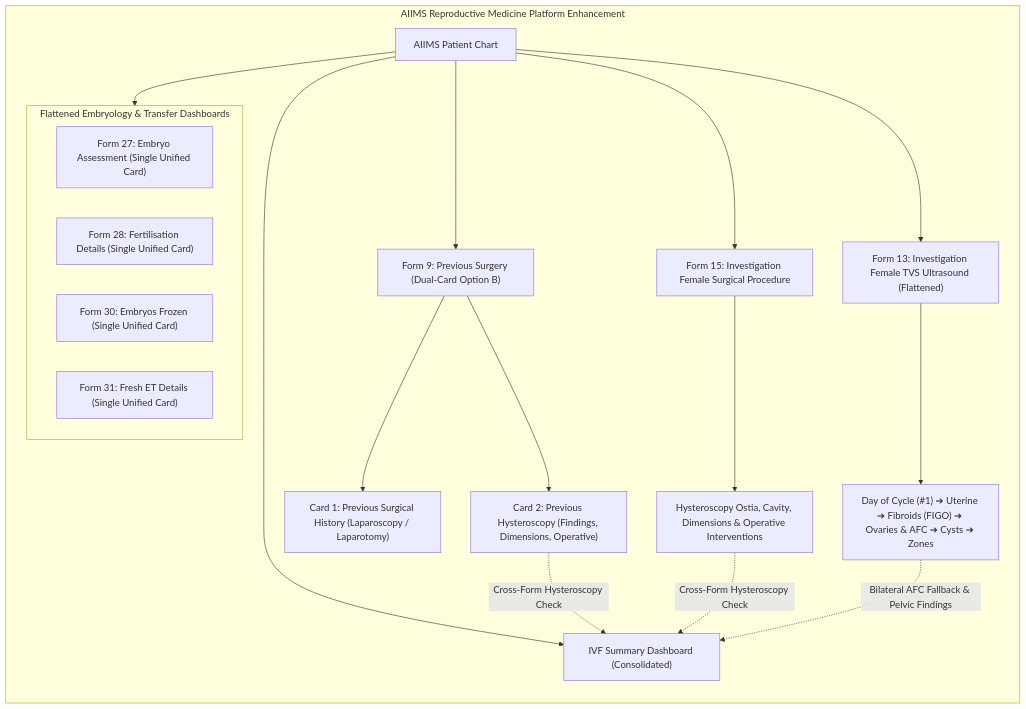
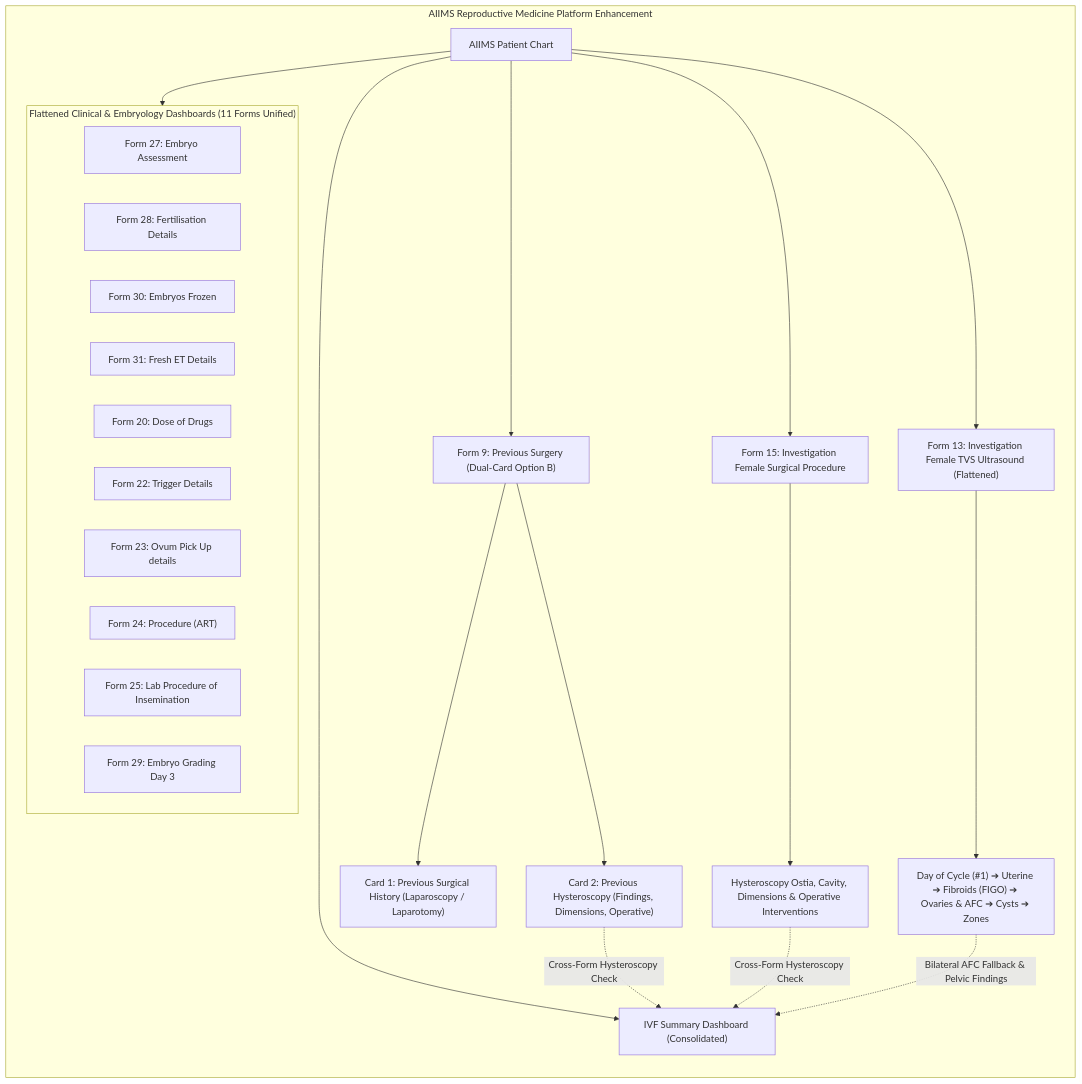
The diagram in docs/records/2026-10-16/presentation_notes.md (MET4L-DS/open-mrs), drawn with Mermaid before and after one commit. The commit also changed other lines of this file and 21 other files, not shown here.

````diff
--- a/docs/records/2026-10-16/presentation_notes.md
+++ b/docs/records/2026-10-16/presentation_notes.md
@@ -24,32 +27,38 @@
 ```mermaid
 graph TD
     subgraph Clinical_Architecture["AIIMS Reproductive Medicine Platform Enhancement"]
         direction TB
         Patient["AIIMS Patient Chart"]
         
         Patient --> Form13["Form 13: Investigation Female TVS Ultrasound (Flattened)"]
         Patient --> Form9["Form 9: Previous Surgery (Dual-Card Option B)"]
         Patient --> Form15["Form 15: Investigation Female Surgical Procedure"]
         Patient --> IVFSummary["IVF Summary Dashboard (Consolidated)"]
         
         Form13 --> F13_Flat["Day of Cycle (#1) ➔ Uterine ➔ Fibroids (FIGO) ➔ Ovaries & AFC ➔ Cysts ➔ Zones"]
         
         Form9 --> F9_Card1["Card 1: Previous Surgical History (Laparoscopy / Laparotomy)"]
         Form9 --> F9_Card2["Card 2: Previous Hysteroscopy (Findings, Dimensions, Operative)"]
         
         Form15 --> F15_Scope["Hysteroscopy Ostia, Cavity, Dimensions & Operative Interventions"]
         
-        subgraph Embryo_Pipeline["Flattened Embryology & Transfer Dashboards"]
-            F27["Form 27: Embryo Assessment (Single Unified Card)"]
-            F28["Form 28: Fertilisation Details (Single Unified Card)"]
-            F30["Form 30: Embryos Frozen (Single Unified Card)"]
-            F31["Form 31: Fresh ET Details (Single Unified Card)"]
+        subgraph Flattened_Dashboards["Flattened Clinical & Embryology Dashboards (11 Forms Unified)"]
+            F27["Form 27: Embryo Assessment"]
+            F28["Form 28: Fertilisation Details"]
+            F30["Form 30: Embryos Frozen"]
+            F31["Form 31: Fresh ET Details"]
+            F20["Form 20: Dose of Drugs"]
+            F22["Form 22: Trigger Details"]
+            F23["Form 23: Ovum Pick Up details"]
+            F24["Form 24: Procedure (ART)"]
+            F25["Form 25: Lab Procedure of Insemination"]
+            F29["Form 29: Embryo Grading Day 3"]
         end
         
-        Patient --> Embryo_Pipeline
+        Patient --> Flattened_Dashboards
         
         F9_Card2 -.->|Cross-Form Hysteroscopy Check| IVFSummary
         F15_Scope -.->|Cross-Form Hysteroscopy Check| IVFSummary
         F13_Flat -.->|Bilateral AFC Fallback & Pelvic Findings| IVFSummary
     end
 ```
````
